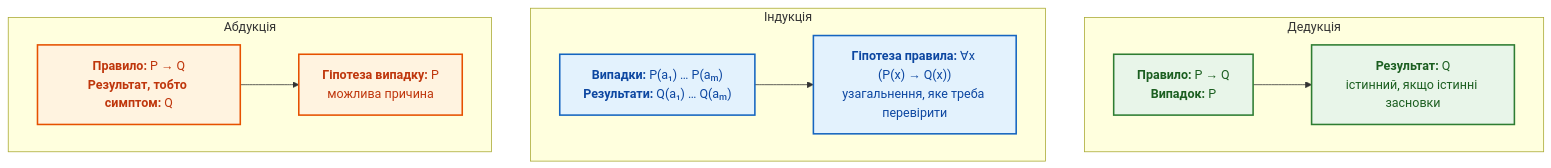
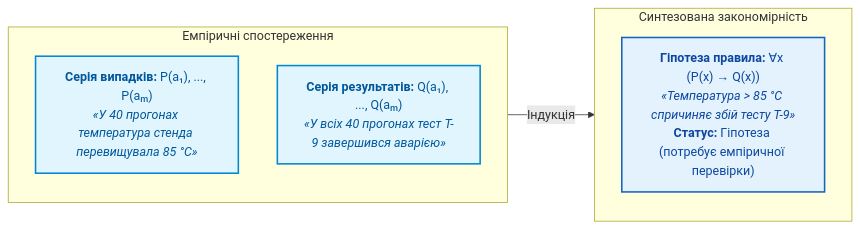
Before and after one commit to nick-fedchik/articles: the second of 8 diagrams in ExpertSystem/ch06-applied-mathematics-for-expert-systems.md, drawn with Mermaid. The commit also changed other lines of this file, not shown here.

Commit message:
docs(ch06): split Peirce reasoning diagram into 3 dedicated subsection diagrams

````diff
--- a/ExpertSystem/ch06-applied-mathematics-for-expert-systems.md
+++ b/ExpertSystem/ch06-applied-mathematics-for-expert-systems.md
@@ -332,25 +384,22 @@
 ```mermaid
-flowchart TD
-    accTitle: Три способи міркування за Чарльзом Пірсом
-    accDescr: Дедукція з правила й випадку виводить результат, індукція з випадків і результатів виводить гіпотезу правила, абдукція з правила й результату виводить гіпотезу випадку.
+flowchart LR
+    accTitle: Індуктивне узагальнення за Чарльзом Пірсом
+    accDescr: Індукція на основі емпіричних спостережень формулює гіпотезу загального правила.
 
-    subgraph Deduction["Дедукція"]
-        D1["<b>Правило:</b> P → Q<br/><b>Випадок:</b> P"] --> D2["<b>Результат:</b> Q<br/>істинний, якщо істинні засновки"]
+    subgraph Observations["Емпіричні спостереження"]
+        direction TB
+        I_C["<b>Серія випадків:</b> P(a₁), ..., P(aₘ)<br/><i>«У 40 прогонах температура стенда перевищувала 85 °C»</i>"]
+        I_R["<b>Серія результатів:</b> Q(a₁), ..., Q(aₘ)<br/><i>«У всіх 40 прогонах тест T-9 завершився аварією»</i>"]
     end
 
-    subgraph Induction["Індукція"]
-        I1["<b>Випадки:</b> P(a₁) … P(aₘ)<br/><b>Результати:</b> Q(a₁) … Q(aₘ)"] --> I2["<b>Гіпотеза правила:</b> ∀x (P(x) → Q(x))<br/>узагальнення, яке треба перевірити"]
+    subgraph Hypothesis["Синтезована закономірність"]
+        I_RULE["<b>Гіпотеза правила:</b> ∀x (P(x) → Q(x))<br/><i>«Температура > 85 °C спричиняє збій тесту T-9»</i><br/><b>Статус:</b> Гіпотеза (потребує емпіричної перевірки)"]
     end
 
-    subgraph Abduction["Абдукція"]
-        A1["<b>Правило:</b> P → Q<br/><b>Результат, тобто симптом:</b> Q"] --> A2["<b>Гіпотеза випадку:</b> P<br/>можлива причина"]
-    end
+    Observations -->|Індукція| Hypothesis
 
-    classDef ded fill:#e8f5e9,stroke:#2e7d32,stroke-width:2px,color:#1b5e20;
-    classDef ind fill:#e3f2fd,stroke:#1565c0,stroke-width:2px,color:#0d47a1;
-    classDef abd fill:#fff3e0,stroke:#e65100,stroke-width:2px,color:#bf360c;
-
-    class D1,D2 ded;
-    class I1,I2 ind;
-    class A1,A2 abd;
+    classDef obs fill:#e1f5fe,stroke:#0288d1,stroke-width:2px,color:#01579b;
+    classDef hyp fill:#e3f2fd,stroke:#1565c0,stroke-width:2px,color:#0d47a1;
+    class I_C,I_R obs;
+    class I_RULE hyp;
 ```
````
